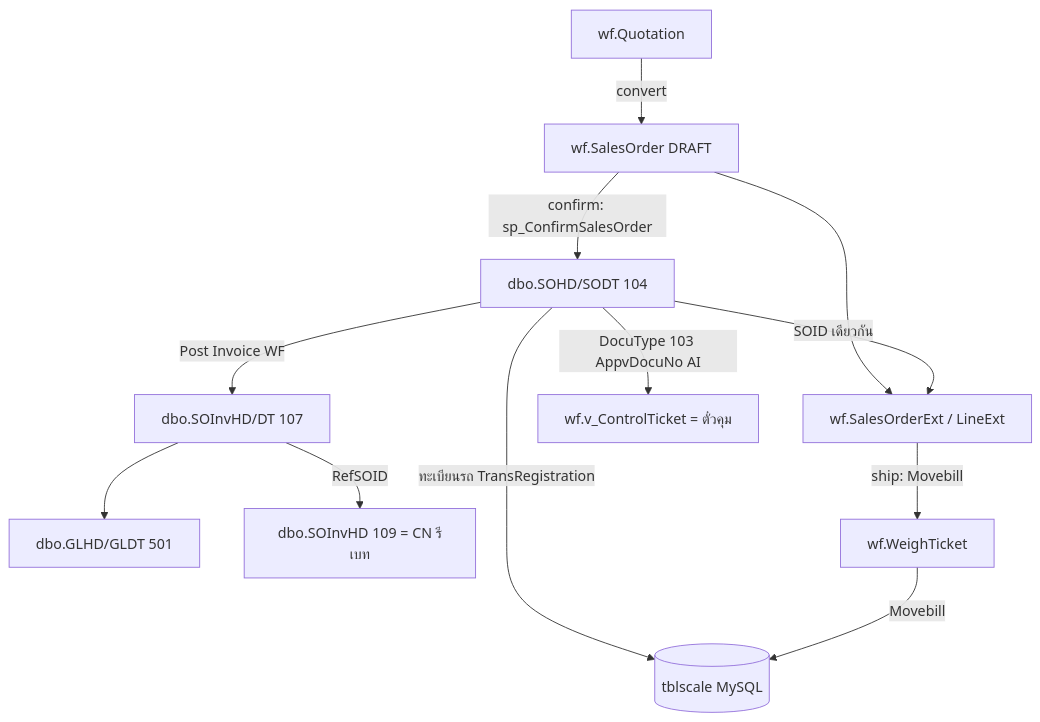
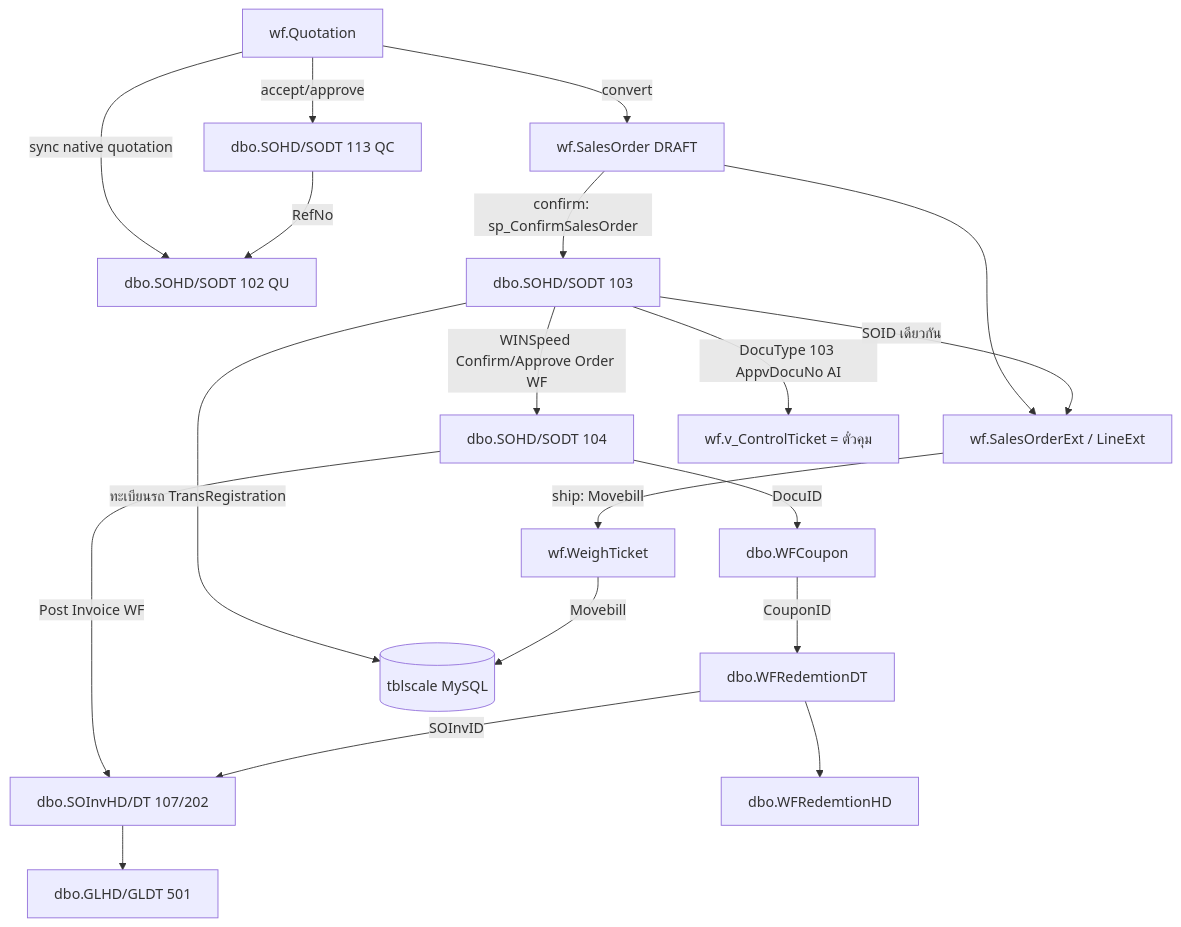
Before and after one commit to thirayume/winspeed-connect: the second of 2 diagrams in docs/00-DATABASE-OVERVIEW.md, drawn with Mermaid. The commit also changed other lines of this file and 149 other files, not shown here.

Commit message:
chore: consolidate Winspeed SO flow, user profiles, and temp scripts cleanup

````diff
--- a/docs/00-DATABASE-OVERVIEW.md
+++ b/docs/00-DATABASE-OVERVIEW.md
@@ -66,14 +66,21 @@
 ```mermaid
 flowchart TD
-  Q[wf.Quotation] -->|convert| SO
-  SO[wf.SalesOrder DRAFT] -->|confirm: sp_ConfirmSalesOrder| SOHD[dbo.SOHD/SODT 104]
+  Q[wf.Quotation] -->|sync native quotation| QU[dbo.SOHD/SODT 102 QU]
+  Q -->|accept/approve| QC[dbo.SOHD/SODT 113 QC]
+  QC -->|RefNo| QU
+  Q -->|convert| SO
+  SO[wf.SalesOrder DRAFT] -->|confirm: sp_ConfirmSalesOrder| SOHD103[dbo.SOHD/SODT 103]
   SO --> EXT[wf.SalesOrderExt / LineExt]
-  SOHD -->|SOID เดียวกัน| EXT
-  SOHD -->|Post Invoice WF| INV[dbo.SOInvHD/DT 107]
+  SOHD103 -->|SOID เดียวกัน| EXT
+  SOHD103 -->|WINSpeed Confirm/Approve Order WF| SOHD104[dbo.SOHD/SODT 104]
+  SOHD104 -->|Post Invoice WF| INV[dbo.SOInvHD/DT 107/202]
   INV --> GL[dbo.GLHD/GLDT 501]
-  INV -->|RefSOID| CN[dbo.SOInvHD 109 = CN รีเบท]
-  SOHD -->|ทะเบียนรถ TransRegistration| TS[(tblscale MySQL)]
+  SOHD104 -->|DocuID| CPN[dbo.WFCoupon]
+  CPN -->|CouponID| RDT[dbo.WFRedemtionDT]
+  RDT --> RHD[dbo.WFRedemtionHD]
+  RDT -->|SOInvID| INV
+  SOHD103 -->|ทะเบียนรถ TransRegistration| TS[(tblscale MySQL)]
   EXT -->|ship: Movebill| WT[wf.WeighTicket]
   WT -->|Movebill| TS
-  SOHD -->|DocuType 103 AppvDocuNo AI| CT[wf.v_ControlTicket = ตั๋วคุม]
+  SOHD103 -->|DocuType 103 AppvDocuNo AI| CT[wf.v_ControlTicket = ตั๋วคุม]
 ```
````
